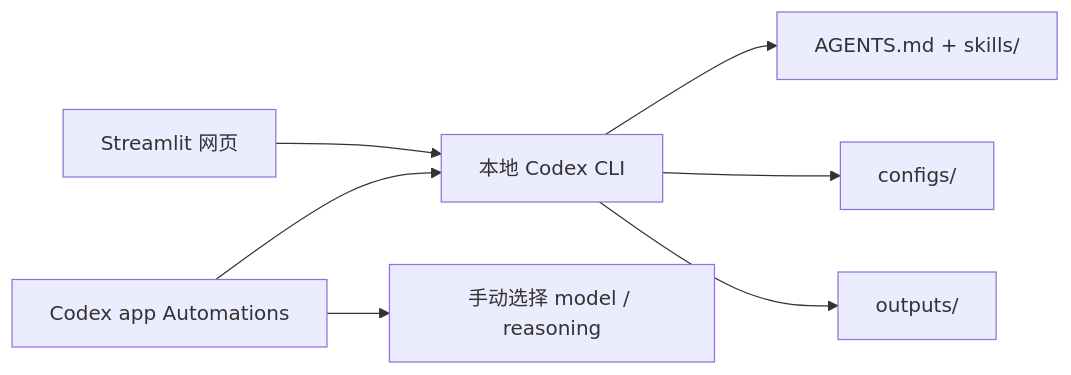
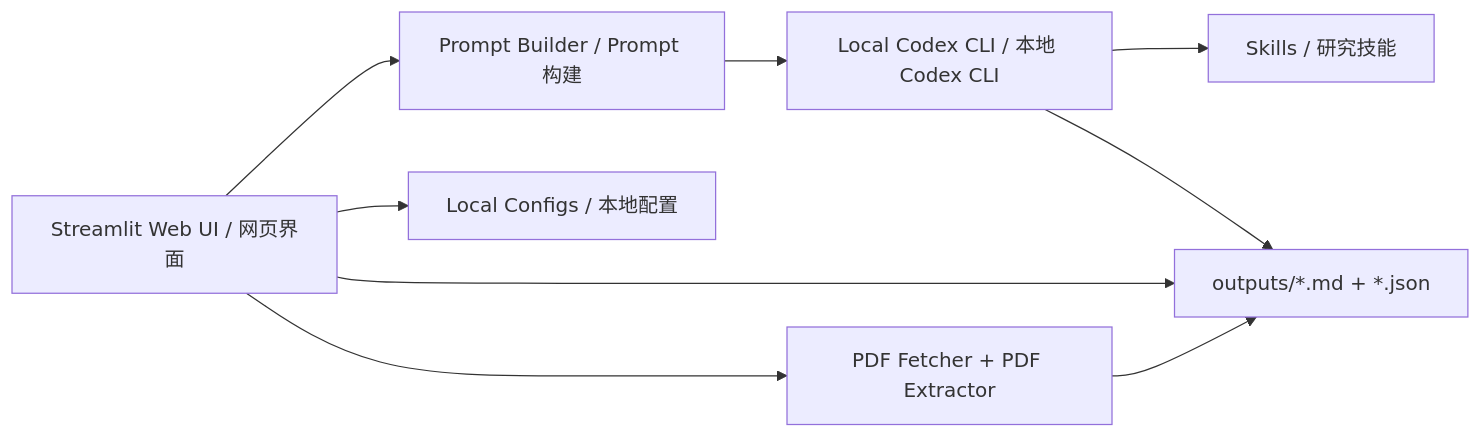
Before and after one commit to AndyWu0719/research-assistant: the diagram in README.md, drawn with Mermaid. The commit also changed other lines of this file and 27 other files, not shown here.

````diff
--- a/README.md
+++ b/README.md
@@ -16,9 +52,11 @@
 ```mermaid
 flowchart LR
-    A["Streamlit 网页"] --> B["本地 Codex CLI"]
-    B --> C["AGENTS.md + skills/"]
-    B --> D["configs/"]
-    B --> E["outputs/"]
-    F["Codex app Automations"] --> B
-    F --> G["手动选择 model / reasoning"]
+    A["Streamlit Web UI / 网页界面"] --> B["Prompt Builder / Prompt 构建"]
+    A --> C["Local Configs / 本地配置"]
+    B --> D["Local Codex CLI / 本地 Codex CLI"]
+    D --> E["Skills / 研究技能"]
+    D --> F["outputs/*.md + *.json"]
+    A --> F
+    A --> G["PDF Fetcher + PDF Extractor"]
+    G --> F
 ```
````
